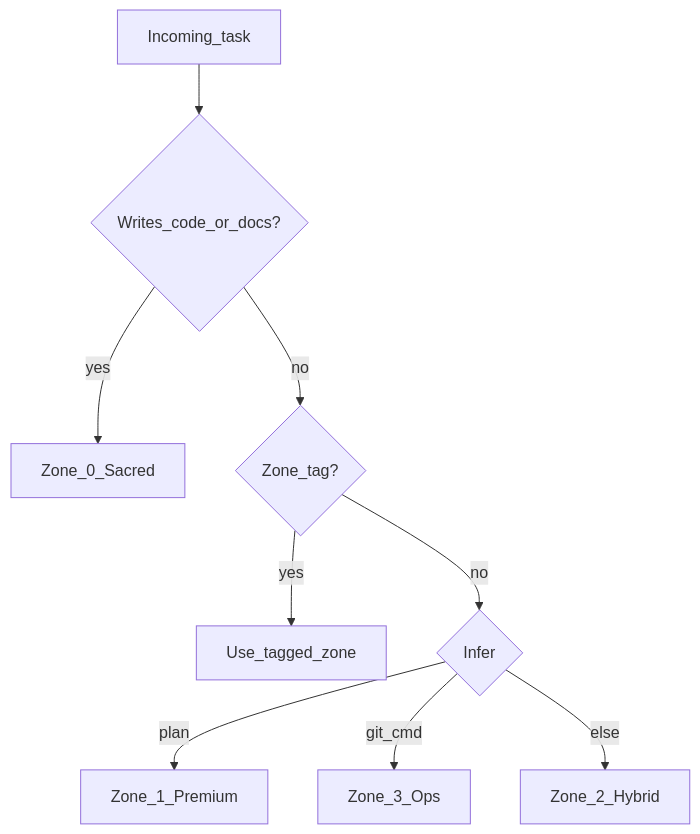
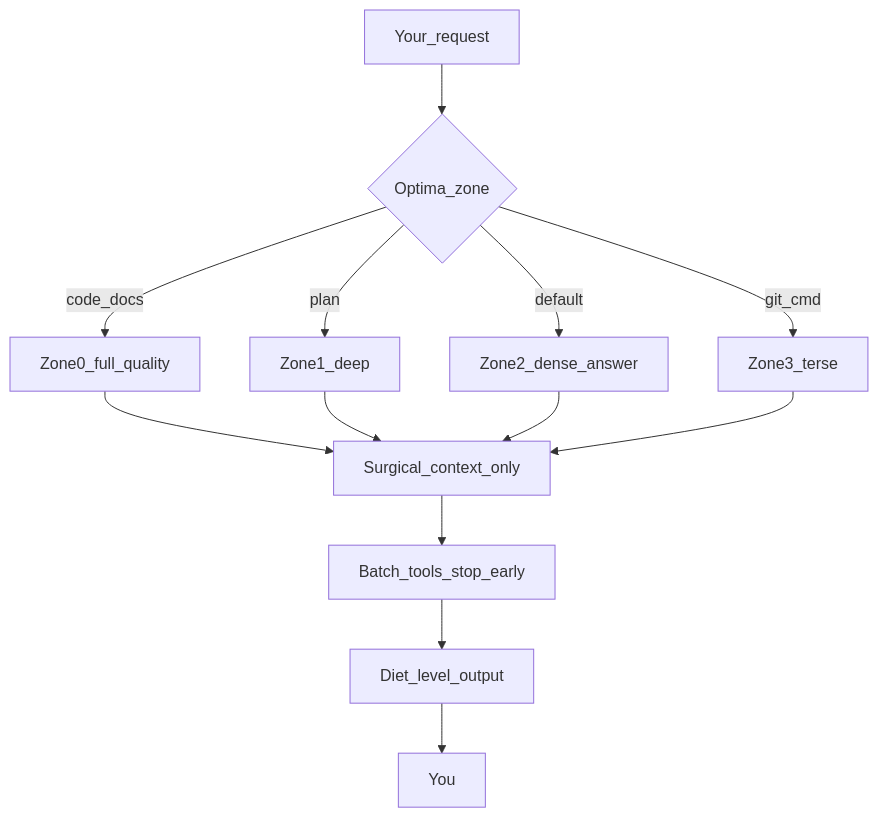
The fourth of 4 diagrams in README.md (julienlhk/optima), drawn with Mermaid before and after one commit. The commit also changed other lines of this file and 1 other file, not shown here.

Commit message:
Lead README with before/after cost examples, prompts, and flows.

````diff
--- a/README.md
+++ b/README.md
@@ -180,11 +199,15 @@
 ```mermaid
 flowchart TD
-  task[Incoming_task] --> write{Writes_code_or_docs?}
-  write -->|yes| z0[Zone_0_Sacred]
-  write -->|no| tag{Zone_tag?}
-  tag -->|yes| useTag[Use_tagged_zone]
-  tag -->|no| infer{Infer}
-  infer -->|plan| z1[Zone_1_Premium]
-  infer -->|git_cmd| z3[Zone_3_Ops]
-  infer -->|else| z2[Zone_2_Hybrid]
+  q[Your_request] --> z{Optima_zone}
+  z -->|code_docs| s0[Zone0_full_quality]
+  z -->|plan| s1[Zone1_deep]
+  z -->|default| s2[Zone2_dense_answer]
+  z -->|git_cmd| s3[Zone3_terse]
+  s0 --> ctx[Surgical_context_only]
+  s1 --> ctx
+  s2 --> ctx
+  s3 --> ctx
+  ctx --> tools[Batch_tools_stop_early]
+  tools --> out[Diet_level_output]
+  out --> you[You]
 ```
````
